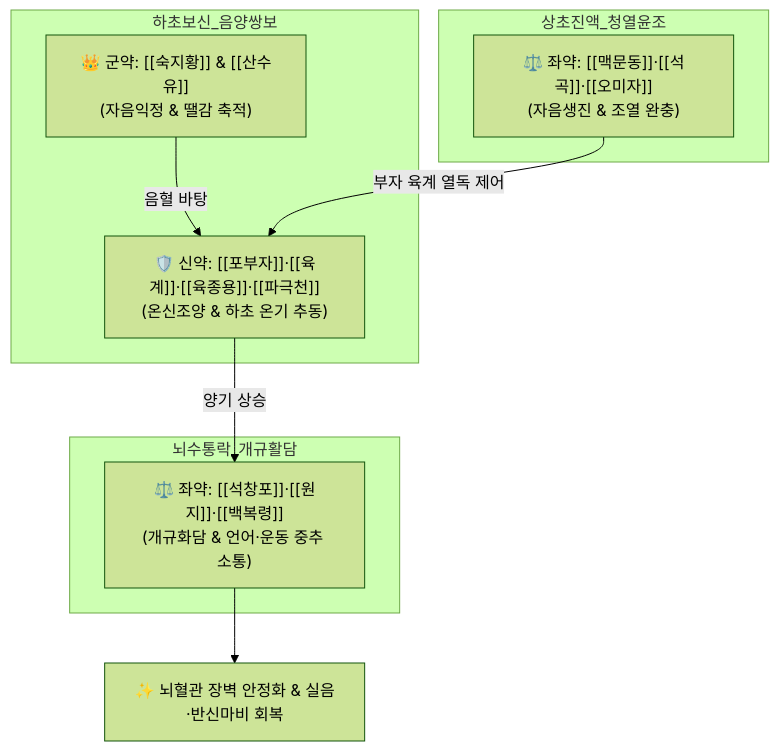
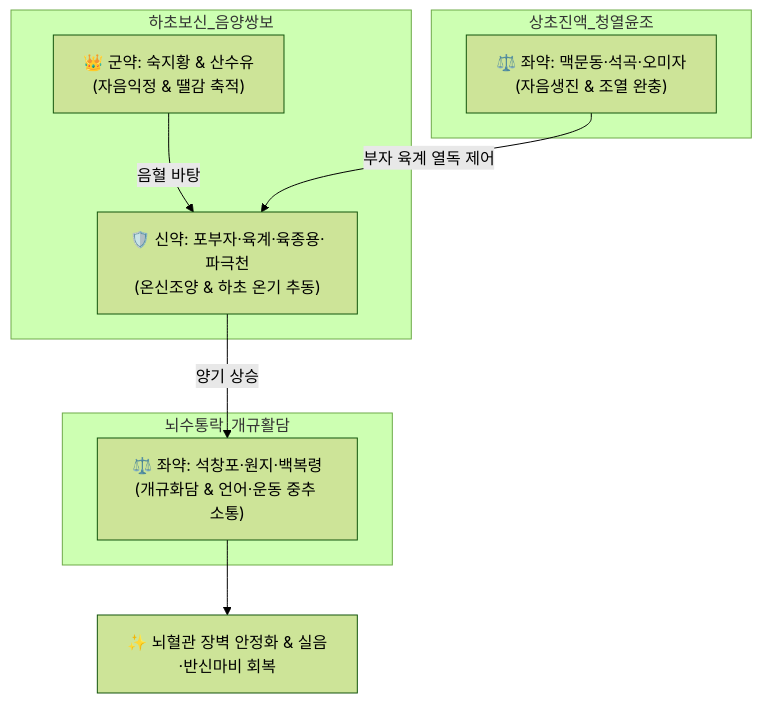
One commit to simbio11/simbio-digital-garden2 changed the diagram in content/2. 약리 공부/처방/02_보익제/지황음자.md. Above: the diagram before and after it, drawn with Mermaid (forest theme). The commit also changed other lines of this file and 323 other files, not shown here.

````diff
--- a/content/2. 약리 공부/처방/02_보익제/지황음자.md
+++ b/content/2. 약리 공부/처방/02_보익제/지황음자.md
@@ -54,17 +56,17 @@
 ```mermaid
 graph TD
     subgraph 하초보신_음양쌍보
-        SJH["👑 군약: [[숙지황]] & [[산수유]]<br>(자음익정 & 땔감 축적)"]
-        BJ["🛡️ 신약: [[포부자]]·[[육계]]·[[육종용]]·[[파극천]]<br>(온신조양 & 하초 온기 추동)"]
+        SJH["👑 군약: 숙지황 & 산수유<br>(자음익정 & 땔감 축적)"]
+        BJ["🛡️ 신약: 포부자·육계·육종용·파극천<br>(온신조양 & 하초 온기 추동)"]
     end
     subgraph 상초진액_청열윤조
-        MD["⚖️ 좌약: [[맥문동]]·[[석곡]]·[[오미자]]<br>(자음생진 & 조열 완충)"]
+        MD["⚖️ 좌약: 맥문동·석곡·오미자<br>(자음생진 & 조열 완충)"]
     end
     subgraph 뇌수통락_개규활담
-        CP["⚖️ 좌약: [[석창포]]·[[원지]]·[[백복령]]<br>(개규화담 & 언어·운동 중추 소통)"]
+        CP["⚖️ 좌약: 석창포·원지·백복령<br>(개규화담 & 언어·운동 중추 소통)"]
     end
     SJH -->|음혈 바탕| BJ
     MD -->|부자 육계 열독 제어| BJ
     BJ -->|양기 상승| CP
     CP --> Target["✨ 뇌혈관 장벽 안정화 & 실음·반신마비 회복"]
 ```
````
